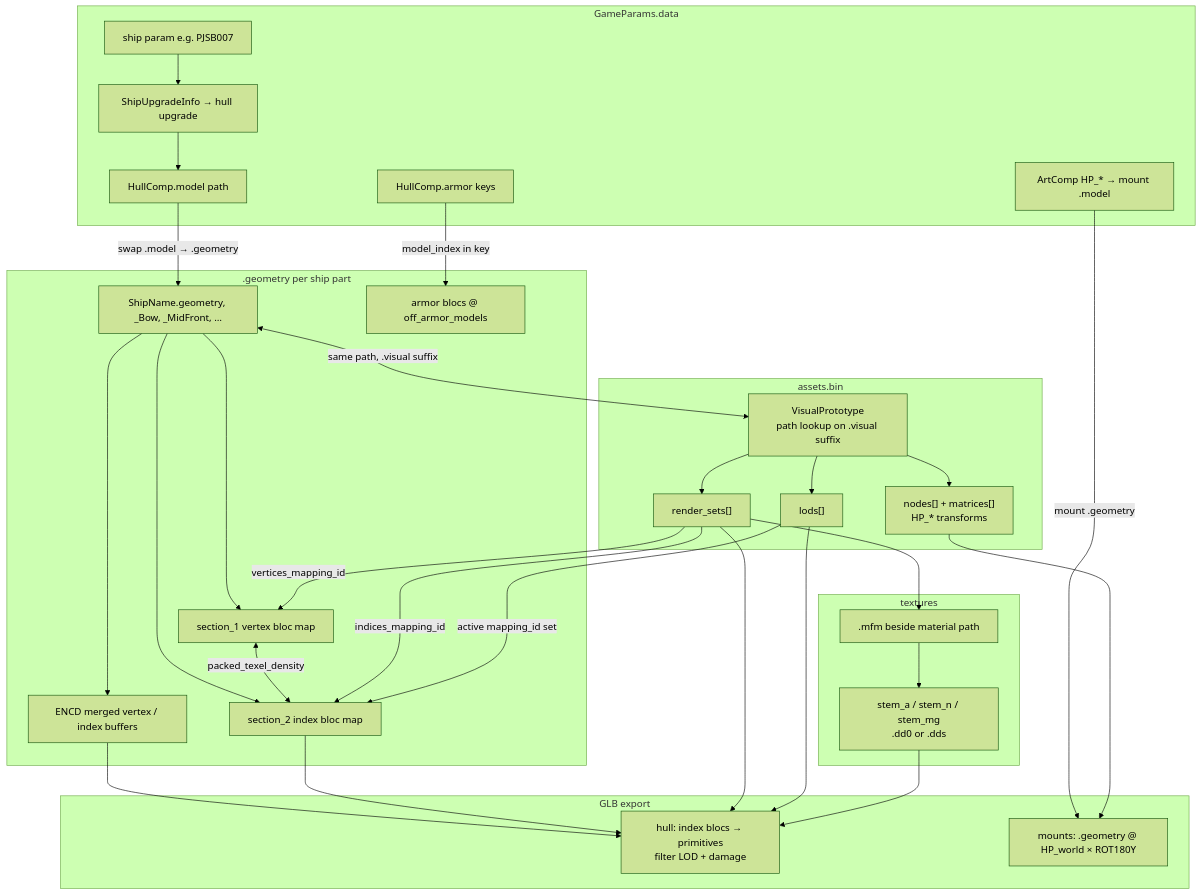
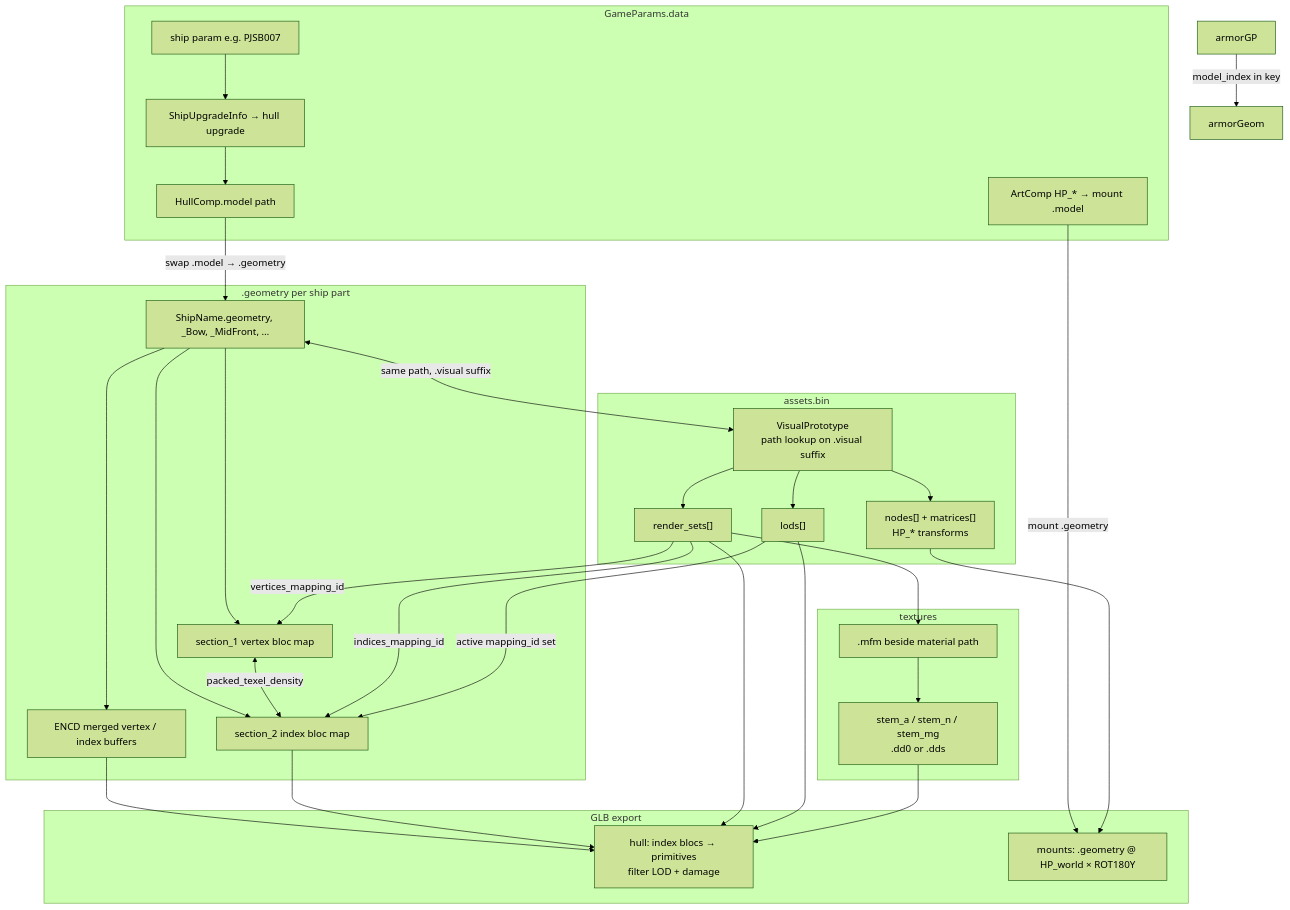
The first of 2 diagrams in MODEL.md (wows-tools/wows-geometry), drawn with Mermaid (forest theme) before and after one commit. The commit also changed other lines of this file and 1 other file, not shown here.

````diff
--- a/MODEL.md
+++ b/MODEL.md
@@ -13,63 +22,61 @@
 ```mermaid
 flowchart TB
     subgraph GP["GameParams.data"]
         ship["ship param e.g. PJSB007"]
         upgrade["ShipUpgradeInfo → hull upgrade"]
         hullModel["HullComp.model path"]
-        armorGP["HullComp.armor keys"]
         mountsGP["ArtComp HP_* → mount .model"]
     end
 
-    subgraph GEO[".geometry per ship part"]
+    subgraph GEOM[".geometry per ship part"]
         geomFiles["ShipName.geometry, _Bow, _MidFront, …"]
         s1["section_1 vertex bloc map"]
         s2["section_2 index bloc map"]
         encd["ENCD merged vertex / index buffers"]
-        armorGeo["armor blocs @ off_armor_models"]
     end
 
     subgraph AB["assets.bin"]
         visual["VisualPrototype<br/>path lookup on .visual suffix"]
         rs["render_sets[]"]
         lods["lods[]"]
         hpNodes["nodes[] + matrices[]<br/>HP_* transforms"]
     end
 
     subgraph TEX["textures"]
         mfm[".mfm beside material path"]
         dds["stem_a / stem_n / stem_mg<br/>.dd0 or .dds"]
     end
 
     subgraph OUT["GLB export"]
         hullOut["hull: index blocs → primitives<br/>filter LOD + damage"]
         mountOut["mounts: .geometry @ HP_world × ROT180Y"]
     end
 
     ship --> upgrade
     upgrade --> hullModel
     hullModel -->|"swap .model → .geometry"| geomFiles
     geomFiles --> s1
     geomFiles --> s2
     geomFiles --> encd
     s1 <-->|"packed_texel_density"| s2
-    armorGP -->|"model_index in key"| armorGeo
+    armorGP -->|"model_index in key"| armorGeom
 
     geomFiles <-->|"same path, .visual suffix"| visual
     visual --> rs
     visual --> lods
     visual --> hpNodes
 
     rs -->|"indices_mapping_id"| s2
     rs -->|"vertices_mapping_id"| s1
     rs --> mfm
     mfm --> dds
     lods -->|"active mapping_id set"| s2
 
     mountsGP -->|"mount .geometry"| mountOut
     hpNodes --> mountOut
     encd --> hullOut
     s2 --> hullOut
     rs --> hullOut
     lods --> hullOut
     dds --> hullOut
 ```
````
